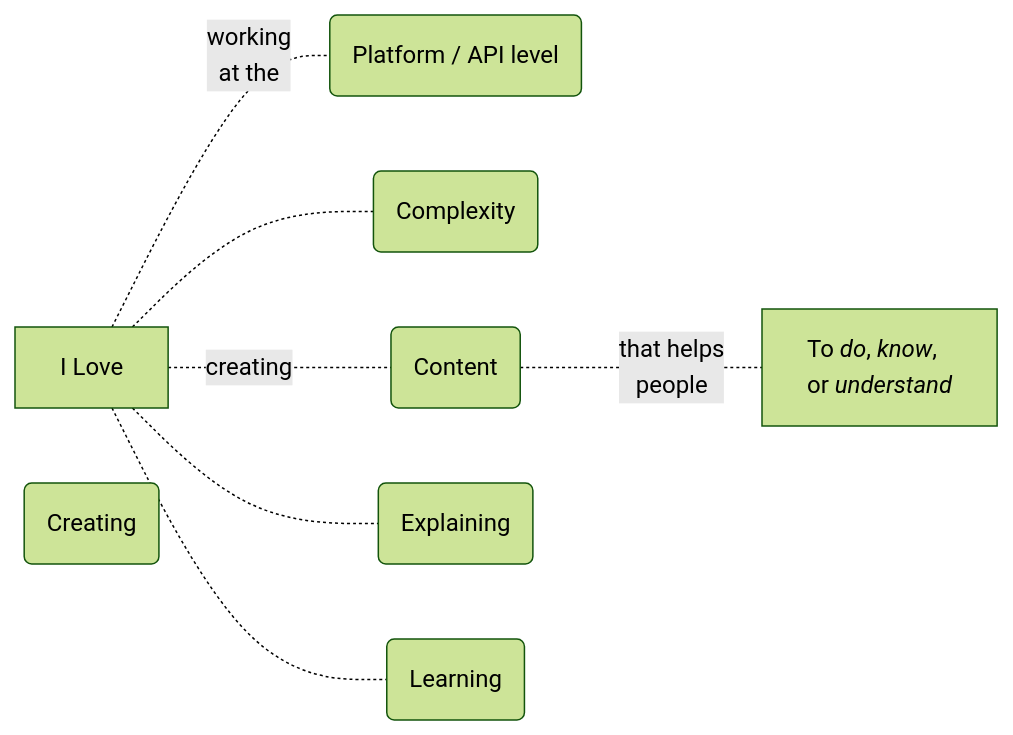
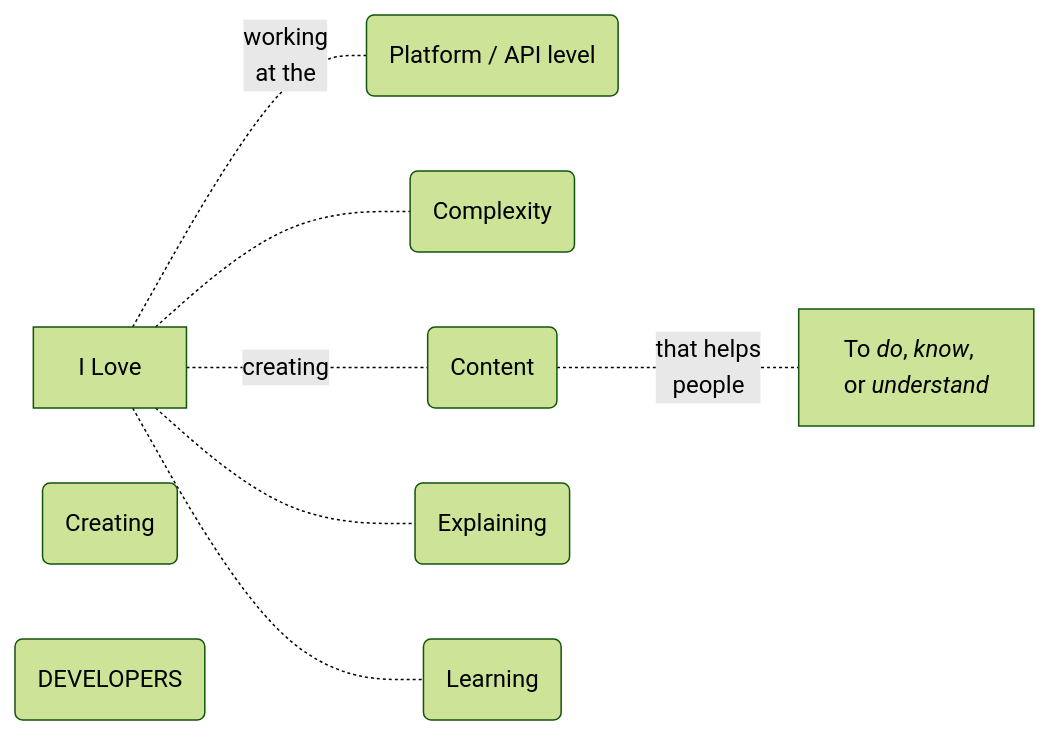
The diagram in overview.md (joe-dorward/samples), drawn with Mermaid (forest theme) before and after one commit.

````diff
--- a/overview.md
+++ b/overview.md
@@ -2,30 +2,31 @@
 ```mermaid
 flowchart LR
 I_LOVE["I Love"]
 
 PLATFORM_API("Platform / API level")
 
 COMPLEXITY("Complexity")
 CREATING("Creating")
 CONTENT("Content")
+DEVELOPERS("DEVELOPERS")
 EXPLAINING("Explaining")
 LEARNING("Learning")
 
 DO_KNOW_UNDERSTAND["`To *do*, *know*,
 or *understand*`"]
 style DO_KNOW_UNDERSTAND text-align:left
 
 
 
 %% CONNECTIONS
 
 I_LOVE-."working
 at the".-PLATFORM_API
 
 I_LOVE-.-COMPLEXITY
 I_LOVE-.-LEARNING
 I_LOVE-.-EXPLAINING
 
 I_LOVE-.creating.-CONTENT-."that helps
 people".-DO_KNOW_UNDERSTAND
 ```
````
